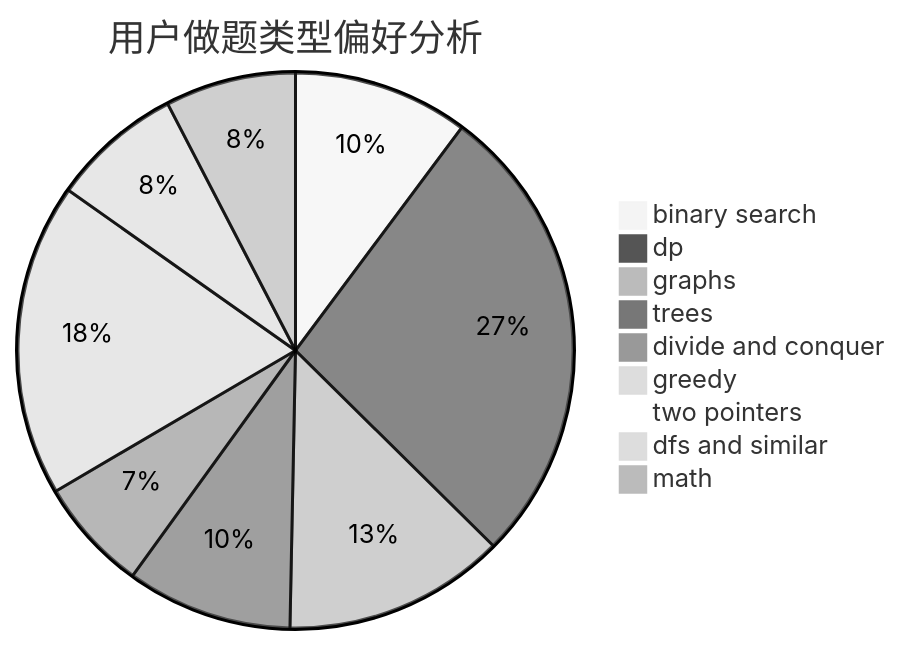
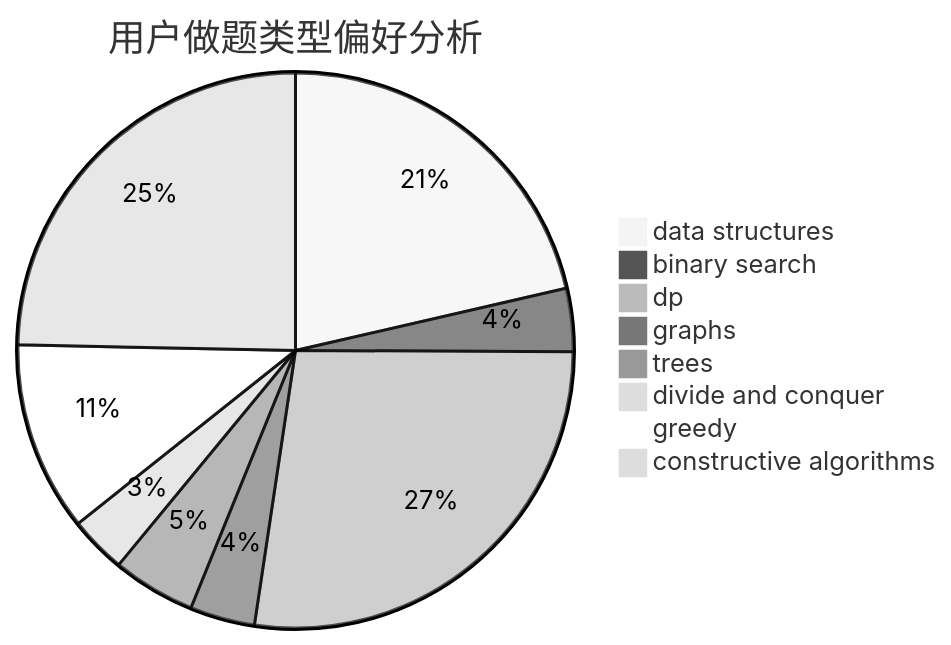
One commit to sherpahu/cfrs.github.io changed the second of 3 diagrams in docs/user/u343.md. Above: the diagram before and after it, drawn with Mermaid (neutral theme). The commit also changed other lines of this file and 2775 other files, not shown here.

````diff
--- a/docs/user/u343.md
+++ b/docs/user/u343.md
@@ -23,12 +23,11 @@
 ```mermaid
 pie title 用户做题类型偏好分析
-    "binary search" :  240
-    "dp" :  640
-    "graphs" :  304
-    "trees" :  227
-    "divide and conquer" :  155
-    "greedy" :  429
-    "two pointers" :  8
-    "dfs and similar" :  179
-    "math" :  179
+    "data structures" :  425
+    "binary search" :  73
+    "dp" :  542
+    "graphs" :  75
+    "trees" :  96
+    "divide and conquer" :  66
+    "greedy" :  219
+    "constructive algorithms" :  490
 ```
````
